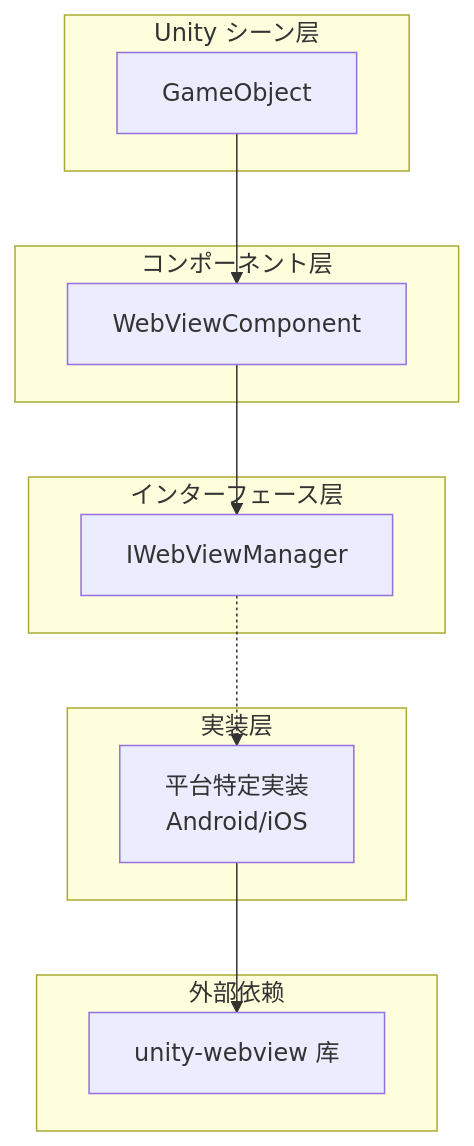
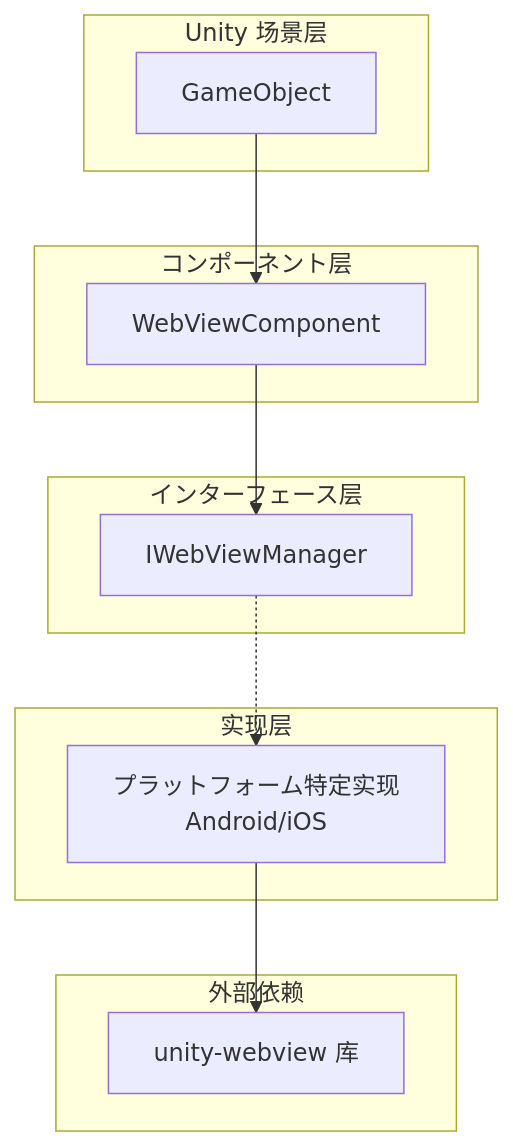
The first of 2 diagrams in docs/ja/client/unity/component/webview/03.getting-started.md (AlianBlank/GameFrameX.Docs), drawn with Mermaid before and after one commit. The commit also changed other lines of this file and 320 other files, not shown here.

````diff
--- a/docs/ja/client/unity/component/webview/03.getting-started.md
+++ b/docs/ja/client/unity/component/webview/03.getting-started.md
@@ -13,27 +13,27 @@
 ```mermaid
 flowchart TD
-    subgraph Unity["Unity シーン层"]
+    subgraph Unity["Unity 场景层"]
         GameObject[GameObject]
     end
 
     subgraph Component["コンポーネント层"]
         WebVC[WebViewComponent]
     end
 
     subgraph Interface["インターフェース层"]
         IWebView[IWebViewManager]
     end
 
-    subgraph Implementation["実装层"]
-        Impl[平台特定実装<br/>Android/iOS]
+    subgraph Implementation["实现层"]
+        Impl[プラットフォーム特定实现<br/>Android/iOS]
     end
 
     subgraph External["外部依赖"]
         WebViewLib[unity-webview 库]
     end
 
     GameObject --> WebVC
     WebVC --> IWebView
     IWebView -.-> Impl
     Impl --> WebViewLib
 ```
````
